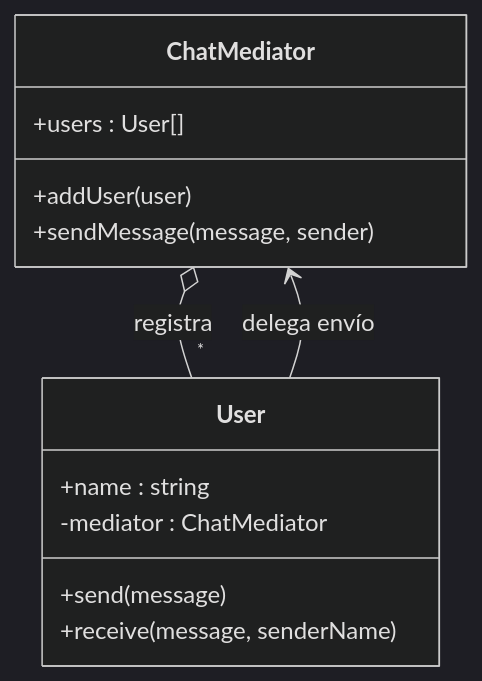
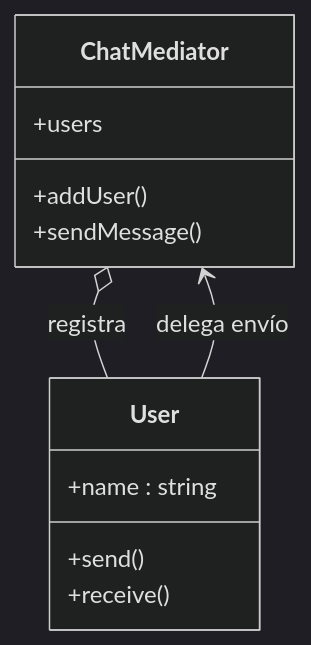
The sixth of 23 diagrams in README.md (Javier-Gondres/Patrones), drawn with Mermaid (dark theme) before and after one commit. The commit also changed other lines of this file, not shown here.

````diff
--- a/README.md
+++ b/README.md
@@ -154,17 +173,16 @@
 ```mermaid
 classDiagram
   class ChatMediator {
-    +users : User[]
-    +addUser(user)
-    +sendMessage(message, sender)
+    +users
+    +addUser()
+    +sendMessage()
   }
   class User {
     +name : string
-    -mediator : ChatMediator
-    +send(message)
-    +receive(message, senderName)
+    +send()
+    +receive()
   }
 
-  ChatMediator o-- "*" User : registra
+  ChatMediator o-- User : registra
   User --> ChatMediator : delega envío
 ```
````
